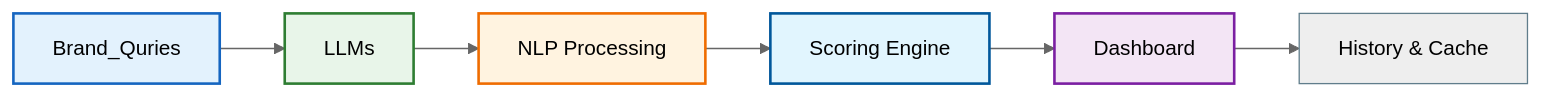
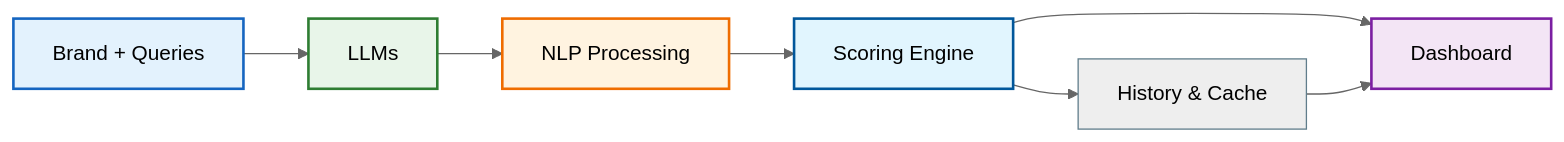
One commit to codebyzerone/GEO-ANALYTICS changed the diagram in README.md. Above: the diagram before and after it, drawn with Mermaid (neutral theme). The commit also changed other lines of this file, not shown here.

````diff
--- a/README.md
+++ b/README.md
@@ -10,14 +72,15 @@
 ```mermaid
 graph LR
-    Brand_Quries --> LLMs[LLMs]
+    Brand_Queries[Brand + Queries] --> LLMs[LLMs]
     LLMs --> NLP[NLP Processing]
     NLP --> Scoring[Scoring Engine]
     Scoring --> Dashboard[Dashboard]
-    Dashboard --> History[History & Cache]
-    style Brand_Quries fill:#e3f2fd,stroke:#1565c0,stroke-width:2px
+    Scoring --> History[History & Cache]
+    History --> Dashboard
+    style Brand_Queries fill:#e3f2fd,stroke:#1565c0,stroke-width:2px
     style LLMs fill:#e8f5e9,stroke:#2e7d32,stroke-width:2px
     style NLP fill:#fff3e0,stroke:#ef6c00,stroke-width:2px
     style Scoring fill:#e1f5fe,stroke:#01579b,stroke-width:2px
     style Dashboard fill:#f3e5f5,stroke:#7b1fa2,stroke-width:2px
-    style History fill:#eee,stroke:#607d8b,stroke-width:1px
+    style History fill:#eeeeee,stroke:#607d8b,stroke-width:1px
 ```
````
